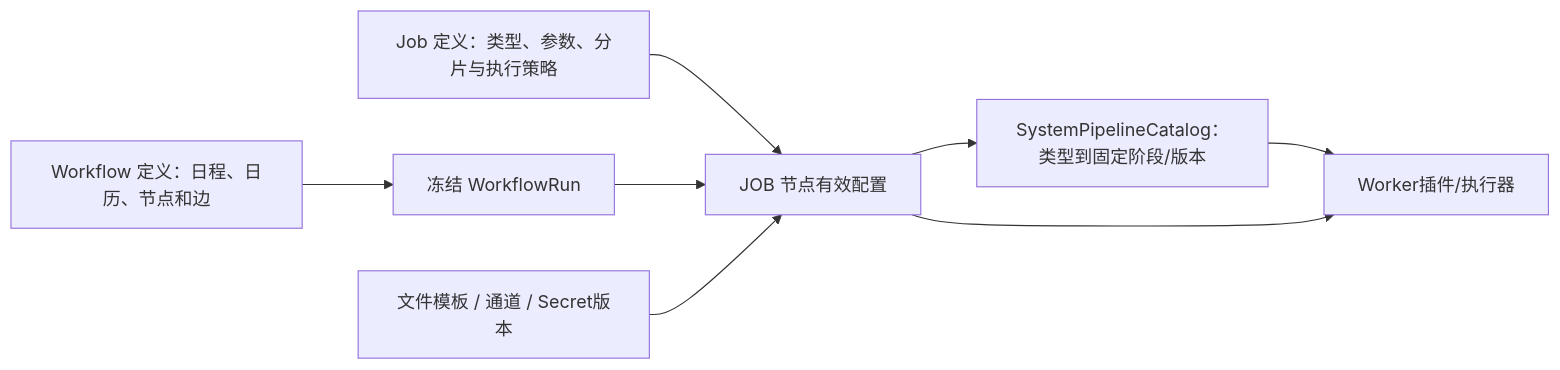
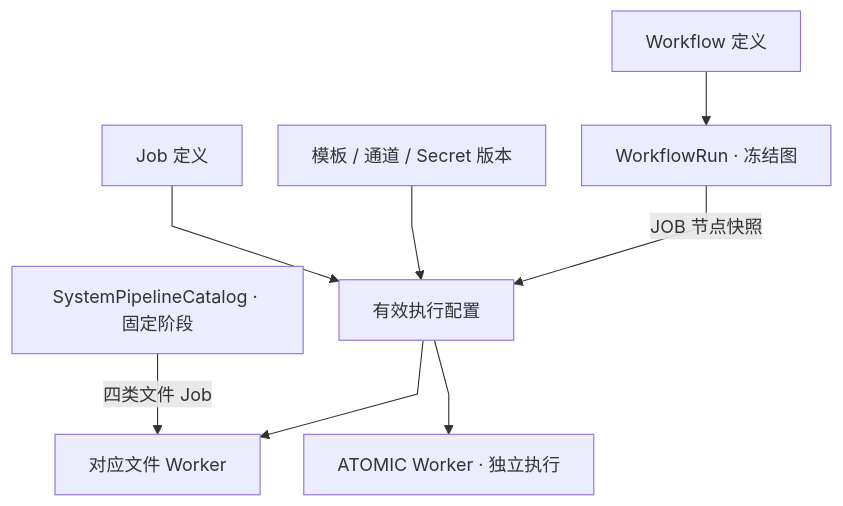
Before and after one commit to pinpols/file-batch-system: diagram 13 of 24 in docs/architecture/system-flow-overview.md, drawn with Mermaid. The commit also changed other lines of this file and 2792 other files, not shown here.

````diff
--- a/docs/architecture/system-flow-overview.md
+++ b/docs/architecture/system-flow-overview.md
@@ -630,10 +358,11 @@
 ```mermaid
-flowchart LR
-  WD["Workflow 定义：日程、日历、节点和边"] --> WR["冻结 WorkflowRun"]
-  JD["Job 定义：类型、参数、分片与执行策略"] --> NR["JOB 节点有效配置"]
-  WR --> NR
-  TP["文件模板 / 通道 / Secret版本"] --> NR
-  NR --> SC["SystemPipelineCatalog：类型到固定阶段/版本"]
-  SC --> WK["Worker插件/执行器"]
-  NR --> WK
+%%{init: {"flowchart":{"curve":"linear","nodeSpacing":32,"rankSpacing":48},"sequence":{"mirrorActors":false}}}%%
+flowchart TB
+  WD["Workflow 定义"] --> WR["WorkflowRun · 冻结图"]
+  JD["Job 定义"] --> CFG["有效执行配置"]
+  TC["模板 / 通道 / Secret 版本"] --> CFG
+  WR -->|"JOB 节点快照"| CFG
+  CAT["SystemPipelineCatalog · 固定阶段"] -->|"四类文件 Job"| W["对应文件 Worker"]
+  CFG --> W
+  CFG --> A["ATOMIC Worker · 独立执行"]
 ```
````
